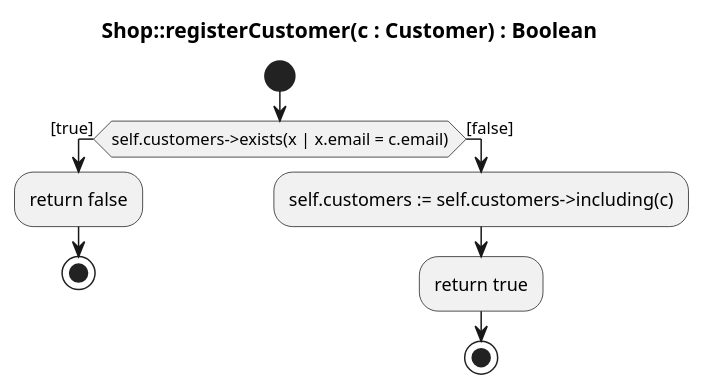
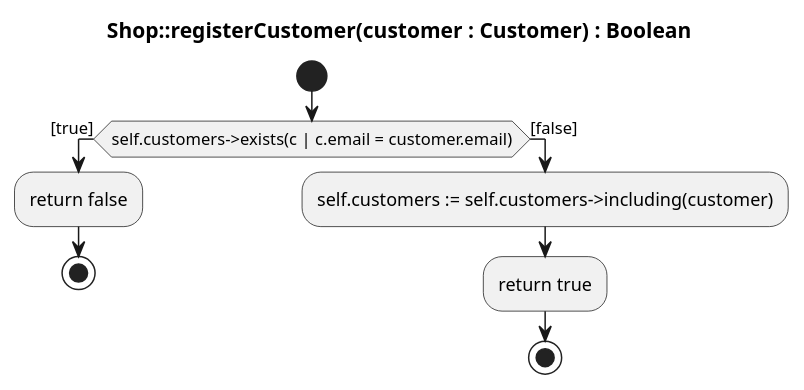
One commit to scx-othr/MoProCo-evaluation changed the diagram in shop/classical-uml/register-customer.puml. Above: the diagram before and after it, drawn with PlantUML. The commit also changed 13 other files, not shown here.

```diff
--- a/shop/classical-uml/register-customer.puml
+++ b/shop/classical-uml/register-customer.puml
@@ -1,13 +1,13 @@
 @startuml
-title Shop::registerCustomer(c : Customer) : Boolean
+title Shop::registerCustomer(customer : Customer) : Boolean
 
 start
-if (self.customers->exists(x | x.email = c.email)) then ([true])
+if (self.customers->exists(c | c.email = customer.email)) then ([true])
   :return false;
   stop
 else ([false])
-  :self.customers := self.customers->including(c);
+  :self.customers := self.customers->including(customer);
   :return true;
   stop
 endif
 @enduml
```
